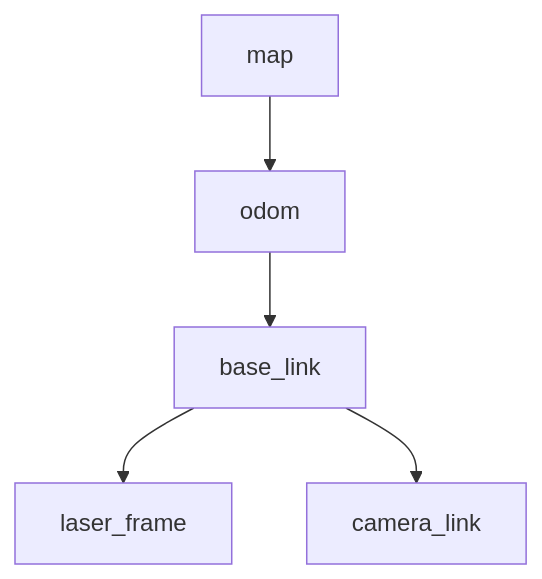
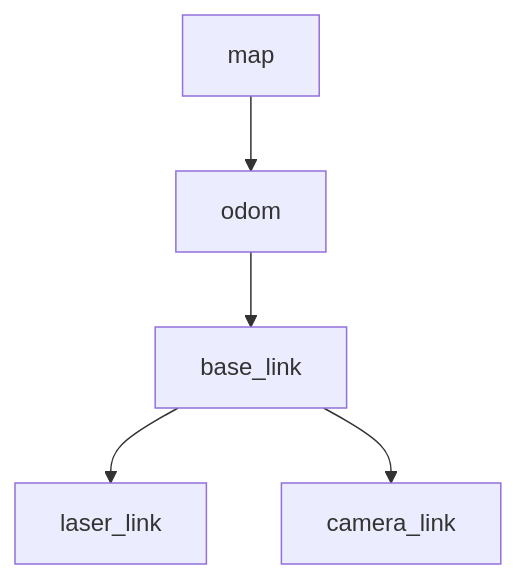
Before and after one commit to codebaragi23/ROS2-doc: the diagram in ROS2 기초/07_TF2_기초.md, drawn with Mermaid. The commit also changed other lines of this file and 34 other files, not shown here.

````diff
--- a/ROS2 기초/07_TF2_기초.md
+++ b/ROS2 기초/07_TF2_기초.md
@@ -70,7 +70,7 @@
 ```mermaid
 flowchart TB
     M[map] --> O[odom]
     O --> B[base_link]
-    B --> L[laser_frame]
+    B --> L[laser_link]
     B --> C[camera_link]
 ```
````
